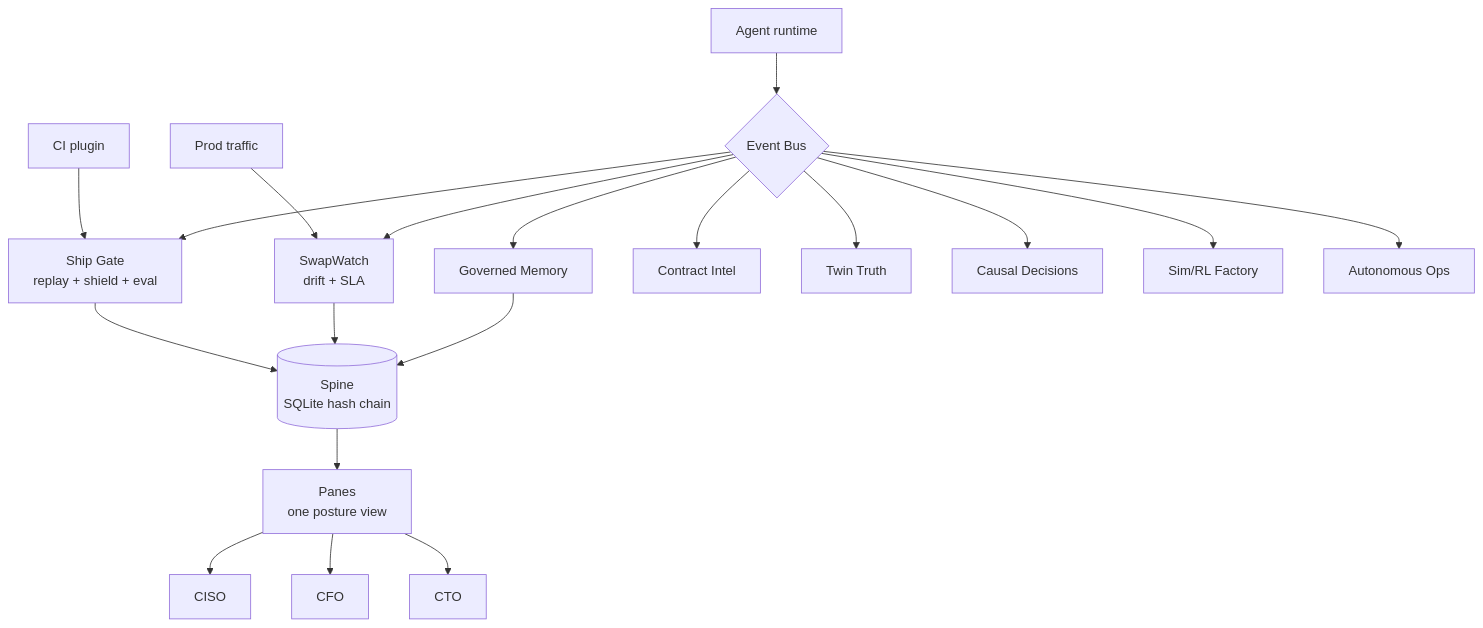
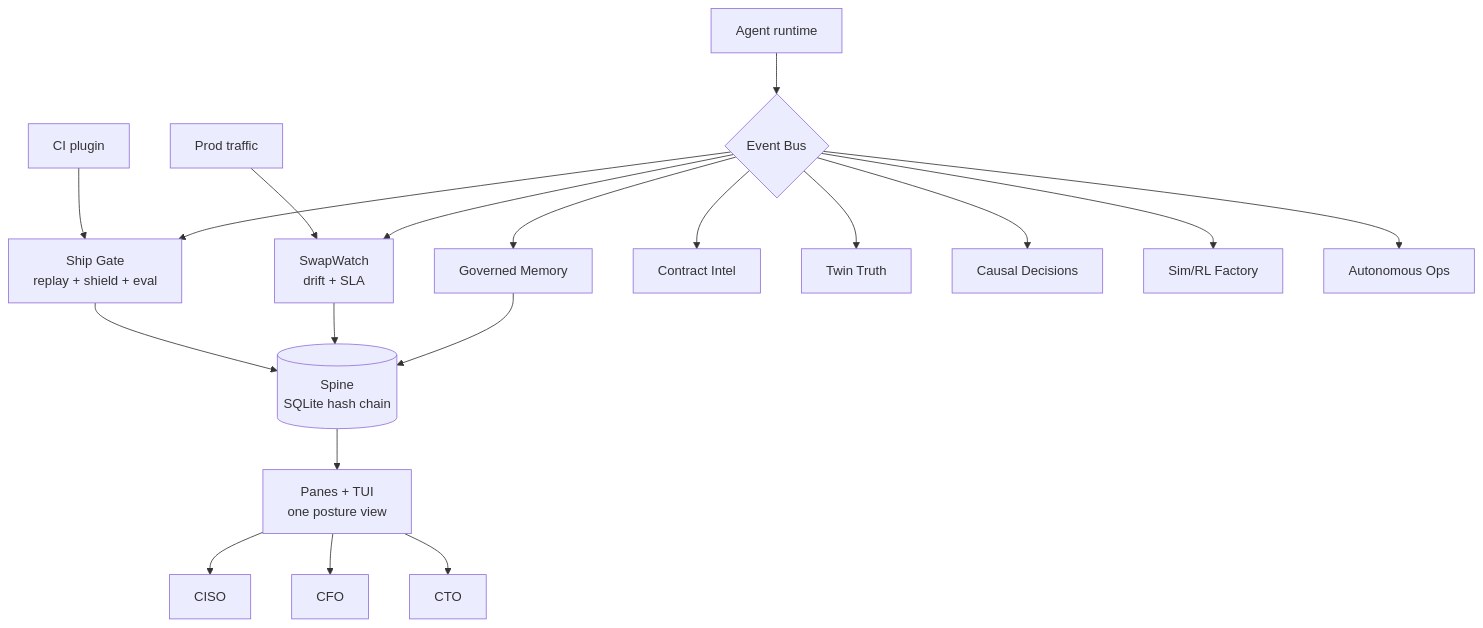
Before and after one commit to harshaaaaw/AEGIS: the diagram in README.md, drawn with Mermaid. The commit also changed other lines of this file and 12 other files, not shown here.

````diff
--- a/README.md
+++ b/README.md
@@ -132,21 +153,21 @@
 ```mermaid
 graph TB
   CI[CI plugin] --> Gate[Ship Gate<br/>replay + shield + eval]
   Prod[Prod traffic] --> Watch[SwapWatch<br/>drift + SLA]
   Agent[Agent runtime] --> Bus{Event Bus}
   Bus --> Gate
   Bus --> Watch
   Bus --> Memory[Governed Memory]
   Bus --> Contract[Contract Intel]
   Bus --> Twin[Twin Truth]
   Bus --> Causal[Causal Decisions]
   Bus --> Sim[Sim/RL Factory]
   Bus --> Ops[Autonomous Ops]
   Gate --> Spine[(Spine<br/>SQLite hash chain)]
   Watch --> Spine
   Memory --> Spine
-  Spine --> Panes[Panes<br/>one posture view]
+  Spine --> Panes[Panes + TUI<br/>one posture view]
   Panes --> CISO[CISO]
   Panes --> CFO[CFO]
   Panes --> CTO[CTO]
 ```
````
